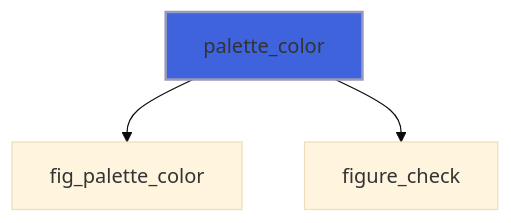
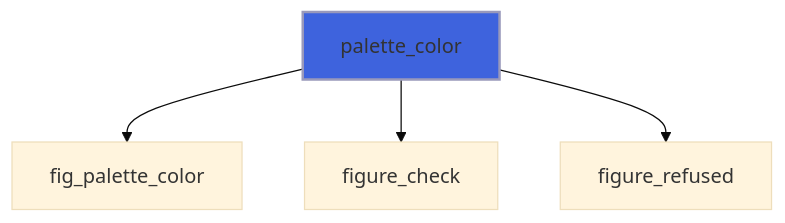
One commit to szaghi/figure changed the ninth of 41 diagrams in docs/api/src/lib/figure_app.md. Above: the diagram before and after it, drawn with Mermaid (base theme). The commit also changed other lines of this file and 10 other files, not shown here.

````diff
--- a/docs/api/src/lib/figure_app.md
+++ b/docs/api/src/lib/figure_app.md
@@ -417,6 +443,7 @@
 ```mermaid
 flowchart TD
   palette_color["palette_color"] --> fig_palette_color["fig_palette_color"]
   palette_color["palette_color"] --> figure_check["figure_check"]
+  palette_color["palette_color"] --> figure_refused["figure_refused"]
   style palette_color fill:#3e63dd,stroke:#99b,stroke-width:2px
 ```
````
